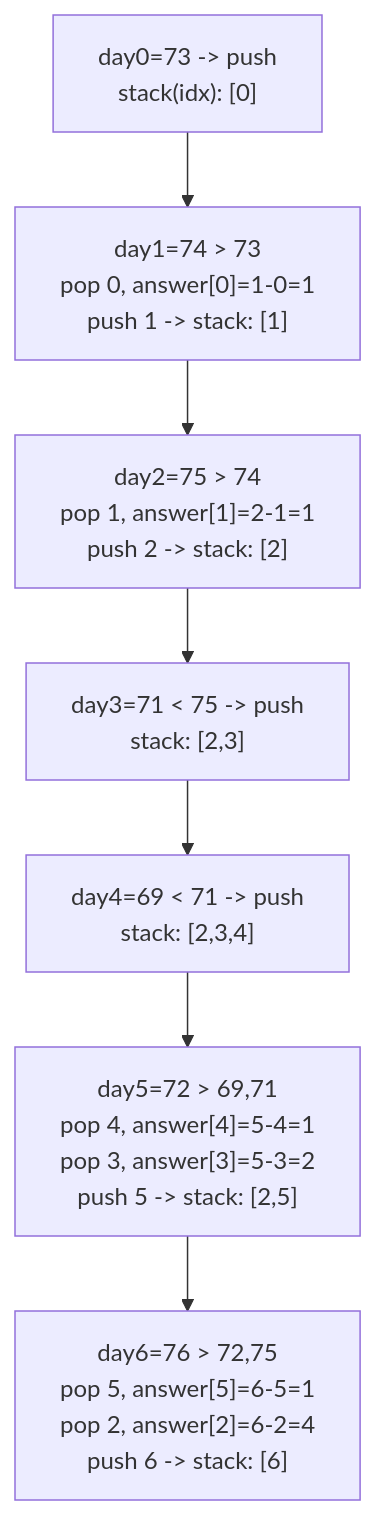
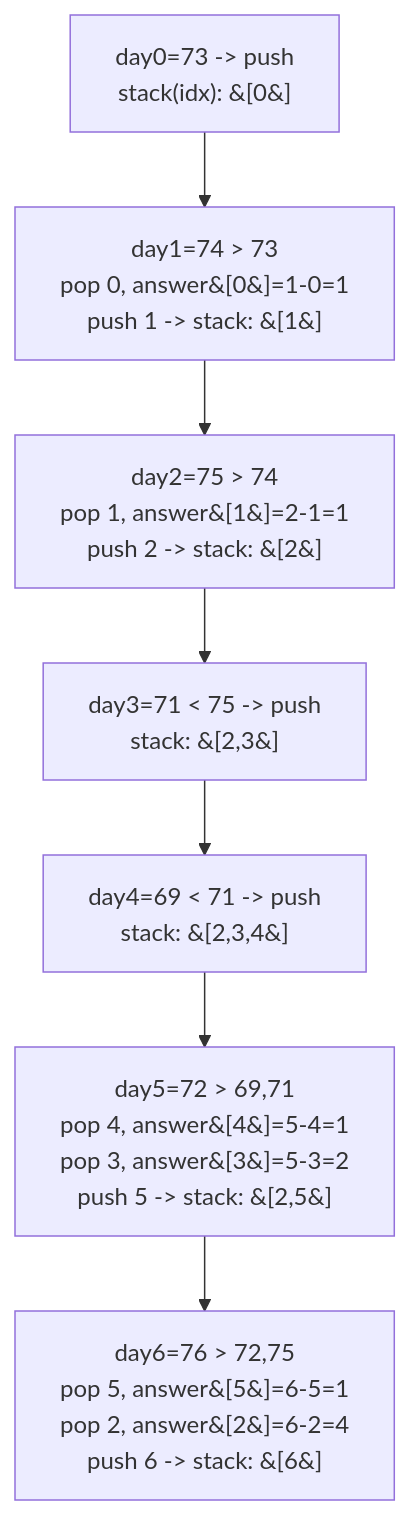
The diagram in topics/04-stack/04-daily-temperatures/README.md (Aryan-Jadon18/dsa-placement-prep), drawn with Mermaid before and after one commit. The commit also changed 52 other files, not shown here.

First line of the commit message:
Fix Mermaid diagrams not rendering on GitHub

````diff
--- a/topics/04-stack/04-daily-temperatures/README.md
+++ b/topics/04-stack/04-daily-temperatures/README.md
@@ -48,9 +48,9 @@
 ```mermaid
 flowchart TD
-    A["day0=73 -> push<br/>stack(idx): [0]"] --> B["day1=74 > 73<br/>pop 0, answer[0]=1-0=1<br/>push 1 -> stack: [1]"]
-    B --> C["day2=75 > 74<br/>pop 1, answer[1]=2-1=1<br/>push 2 -> stack: [2]"]
-    C --> D["day3=71 < 75 -> push<br/>stack: [2,3]"]
-    D --> E["day4=69 < 71 -> push<br/>stack: [2,3,4]"]
-    E --> F["day5=72 > 69,71<br/>pop 4, answer[4]=5-4=1<br/>pop 3, answer[3]=5-3=2<br/>push 5 -> stack: [2,5]"]
-    F --> G["day6=76 > 72,75<br/>pop 5, answer[5]=6-5=1<br/>pop 2, answer[2]=6-2=4<br/>push 6 -> stack: [6]"]
+    A["day0=73 -> push<br/>stack(idx): &#91;0&#93;"] --> B["day1=74 > 73<br/>pop 0, answer&#91;0&#93;=1-0=1<br/>push 1 -> stack: &#91;1&#93;"]
+    B --> C["day2=75 > 74<br/>pop 1, answer&#91;1&#93;=2-1=1<br/>push 2 -> stack: &#91;2&#93;"]
+    C --> D["day3=71 < 75 -> push<br/>stack: &#91;2,3&#93;"]
+    D --> E["day4=69 < 71 -> push<br/>stack: &#91;2,3,4&#93;"]
+    E --> F["day5=72 > 69,71<br/>pop 4, answer&#91;4&#93;=5-4=1<br/>pop 3, answer&#91;3&#93;=5-3=2<br/>push 5 -> stack: &#91;2,5&#93;"]
+    F --> G["day6=76 > 72,75<br/>pop 5, answer&#91;5&#93;=6-5=1<br/>pop 2, answer&#91;2&#93;=6-2=4<br/>push 6 -> stack: &#91;6&#93;"]
 ```
````
